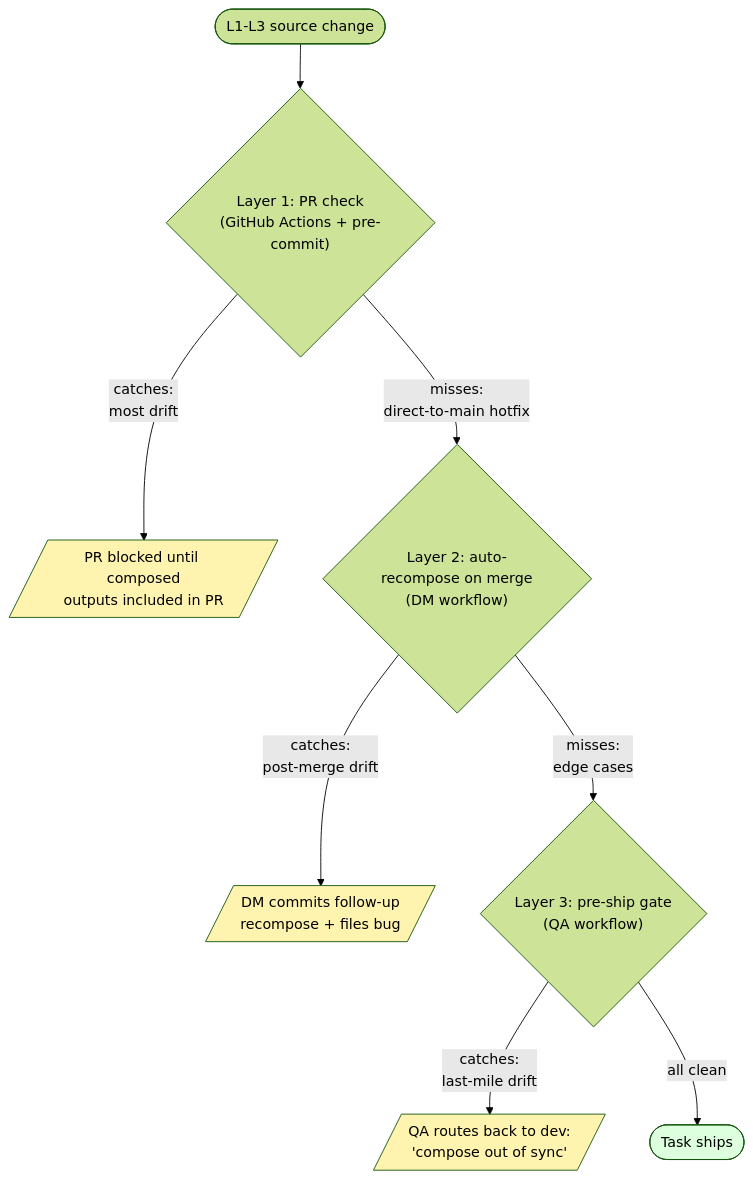
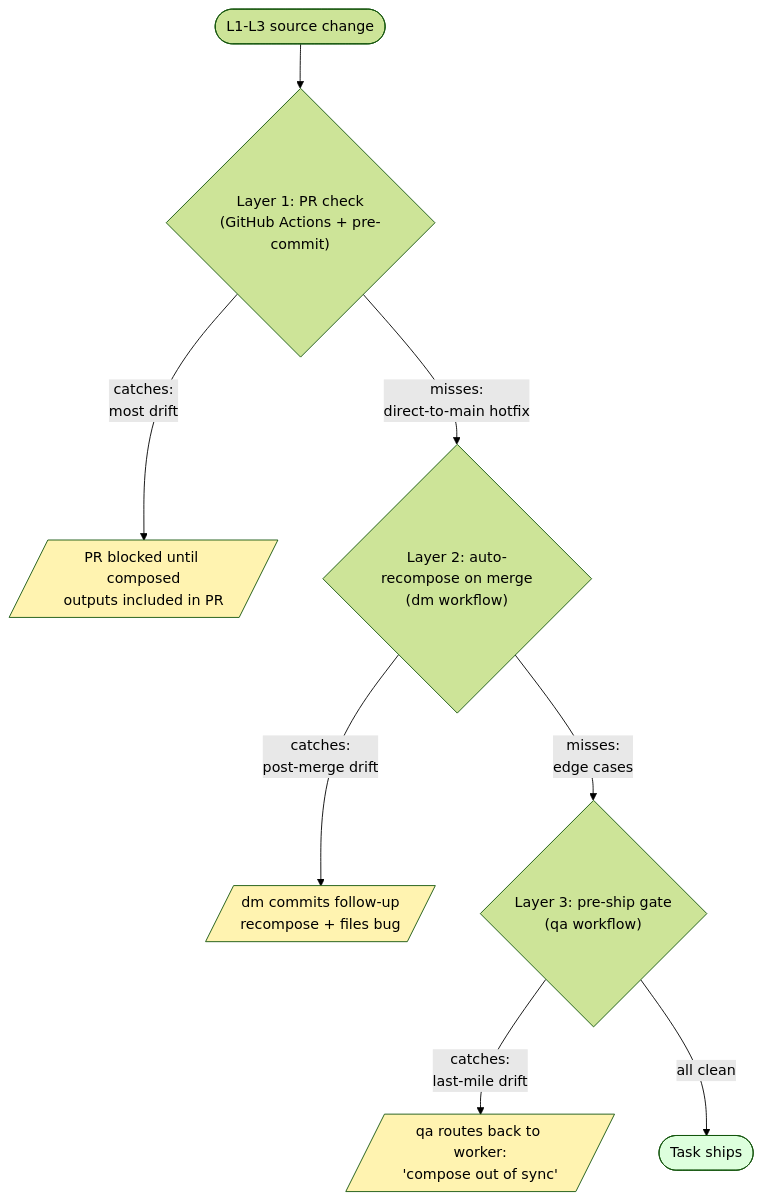
The eighth of 8 diagrams in docs/COMPOSE-ARCHITECTURE.md (WallyDoodlez/SquidSquad), drawn with Mermaid (forest theme) before and after one commit. The commit also changed other lines of this file and 2 other files, not shown here.

First line of the commit message:
pm: compose-arch v2 fill-out + R3/R4 — sub-skill resolution, BNF, naming

````diff
--- a/docs/COMPOSE-ARCHITECTURE.md
+++ b/docs/COMPOSE-ARCHITECTURE.md
@@ -757,17 +857,17 @@
 ```mermaid
 flowchart TB
   Change([L1-L3 source change])
   Change --> L1c{"Layer 1: PR check<br/>(GitHub Actions + pre-commit)"}
   L1c -->|"catches:<br/>most drift"| L1Block[/"PR blocked until composed<br/>outputs included in PR"/]
   L1c -->|"misses:<br/>direct-to-main hotfix"| L2c
-  L2c{"Layer 2: auto-recompose on merge<br/>(DM workflow)"}
-  L2c -->|"catches:<br/>post-merge drift"| L2Block[/"DM commits follow-up<br/>recompose + files bug"/]
+  L2c{"Layer 2: auto-recompose on merge<br/>(dm workflow)"}
+  L2c -->|"catches:<br/>post-merge drift"| L2Block[/"dm commits follow-up<br/>recompose + files bug"/]
   L2c -->|"misses:<br/>edge cases"| L3c
-  L3c{"Layer 3: pre-ship gate<br/>(QA workflow)"}
-  L3c -->|"catches:<br/>last-mile drift"| L3Block[/"QA routes back to dev:<br/>'compose out of sync'"/]
+  L3c{"Layer 3: pre-ship gate<br/>(qa workflow)"}
+  L3c -->|"catches:<br/>last-mile drift"| L3Block[/"qa routes back to worker:<br/>'compose out of sync'"/]
   L3c -->|"all clean"| Ship([Task ships])
   style L1Block fill:#fff3b0
   style L2Block fill:#fff3b0
   style L3Block fill:#fff3b0
   style Ship fill:#dfd
 ```
````
